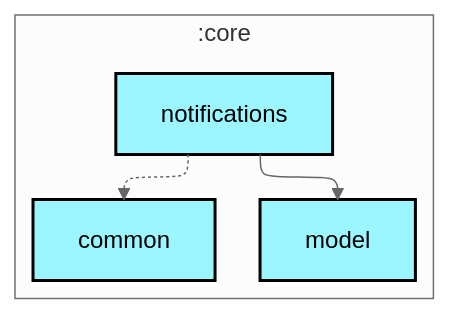
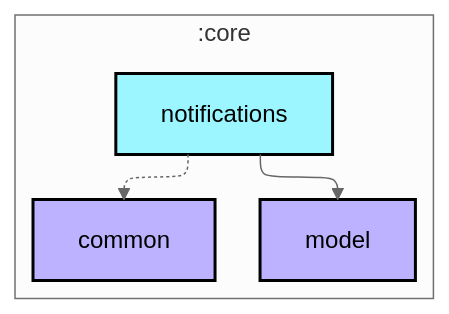
One commit to lihenggui/nowinkmp changed the first of 2 diagrams in core/notifications/README.md. Above: the diagram before and after it, drawn with Mermaid (neutral theme). The commit also changed other lines of this file and 26 other files, not shown here.

First line of the commit message:
Revert "Updates module graphs"

````diff
--- a/core/notifications/README.md
+++ b/core/notifications/README.md
@@ -6,25 +6,25 @@
 ```mermaid
 ---
 config:
   layout: elk
   elk:
     nodePlacementStrategy: SIMPLE
 ---
 graph TB
   subgraph :core
     direction TB
-    :core:common[common]:::kmp-library
-    :core:model[model]:::kmp-library
-    :core:notifications[notifications]:::kmp-library
+    :core:common[common]:::jvm-library
+    :core:model[model]:::jvm-library
+    :core:notifications[notifications]:::android-library
   end
 
   :core:notifications -.-> :core:common
   :core:notifications --> :core:model
 
-classDef cmp-application fill:#CAFFBF,stroke:#000,stroke-width:2px,color:#000;
-classDef cmp-feature fill:#FFD6A5,stroke:#000,stroke-width:2px,color:#000;
-classDef kmp-library fill:#9BF6FF,stroke:#000,stroke-width:2px,color:#000;
+classDef android-application fill:#CAFFBF,stroke:#000,stroke-width:2px,color:#000;
+classDef android-feature fill:#FFD6A5,stroke:#000,stroke-width:2px,color:#000;
+classDef android-library fill:#9BF6FF,stroke:#000,stroke-width:2px,color:#000;
+classDef android-test fill:#A0C4FF,stroke:#000,stroke-width:2px,color:#000;
 classDef jvm-library fill:#BDB2FF,stroke:#000,stroke-width:2px,color:#000;
-classDef android-test fill:#A0C4FF,stroke:#000,stroke-width:2px,color:#000;
 classDef unknown fill:#FFADAD,stroke:#000,stroke-width:2px,color:#000;
 ```
````
